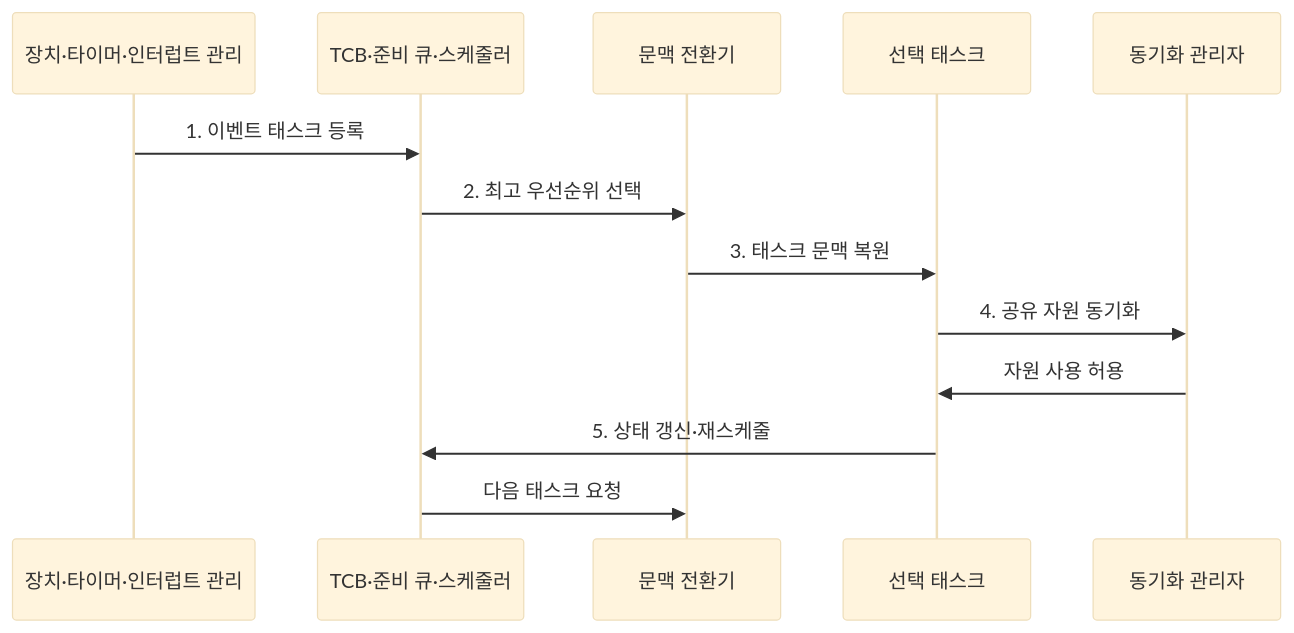
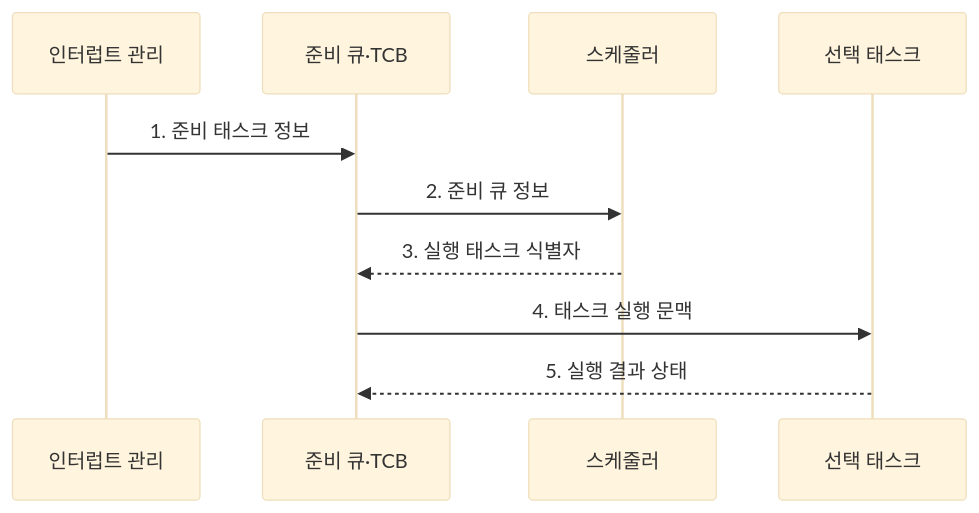
The second of 2 diagrams in src/content/docs/notes/02-hardware/061_real_time_operating_system.md (agnusdei1207/knowledge-base), drawn with Mermaid (base theme) before and after one commit. The commit also changed other lines of this file and 20 other files, not shown here.

````diff
--- a/src/content/docs/notes/02-hardware/061_real_time_operating_system.md
+++ b/src/content/docs/notes/02-hardware/061_real_time_operating_system.md
@@ -96,16 +103,13 @@
 ```mermaid
 sequenceDiagram
-    participant X as 장치·타이머·인터럽트 관리
-    participant Q as TCB·준비 큐·스케줄러
-    participant C as 문맥 전환기
+    participant I as 인터럽트 관리
+    participant Q as 준비 큐·TCB
+    participant S as 스케줄러
     participant T as 선택 태스크
-    participant M as 동기화 관리자
 
-    X->>Q: 1. 이벤트 태스크 등록
-    Q->>C: 2. 최고 우선순위 선택
-    C->>T: 3. 태스크 문맥 복원
-    T->>M: 4. 공유 자원 동기화
-    M->>T: 자원 사용 허용
-    T->>Q: 5. 상태 갱신·재스케줄
-    Q->>C: 다음 태스크 요청
+    I->>Q: 1. 준비 태스크 정보
+    Q->>S: 2. 준비 큐 정보
+    S-->>Q: 3. 실행 태스크 식별자
+    Q->>T: 4. 태스크 실행 문맥
+    T-->>Q: 5. 실행 결과 상태
 ```
````
